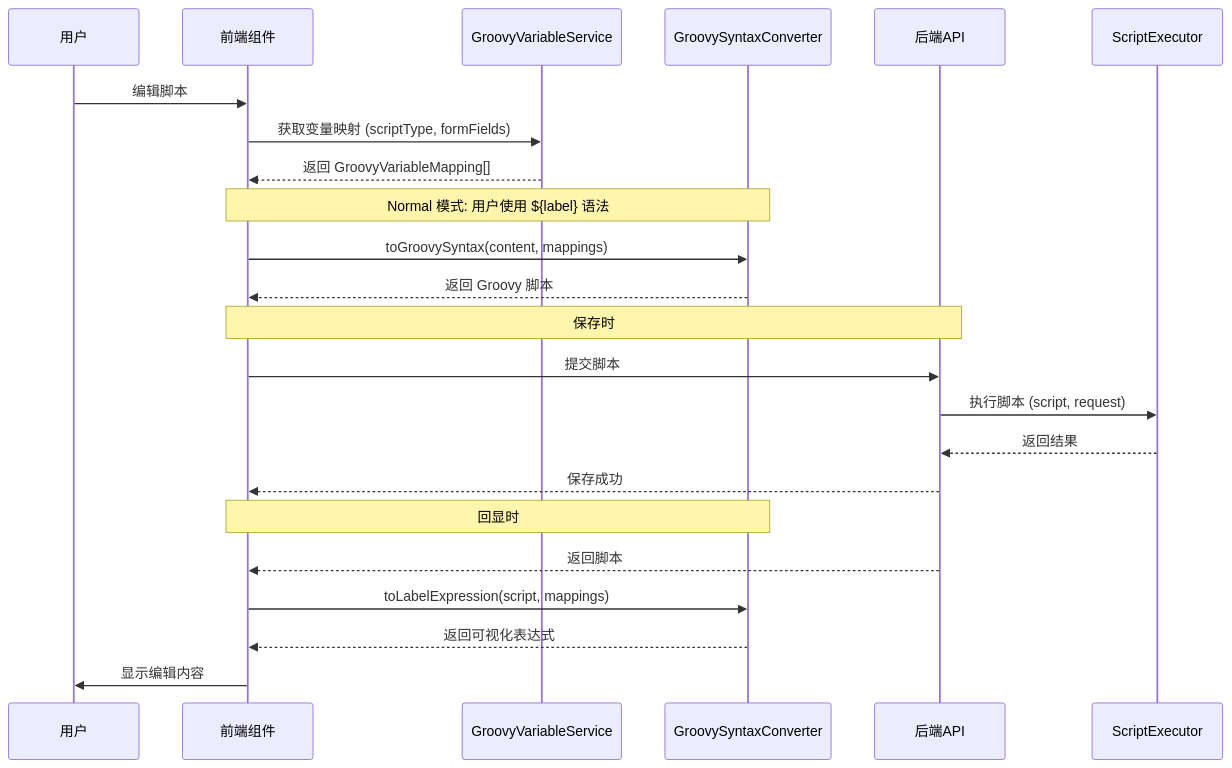
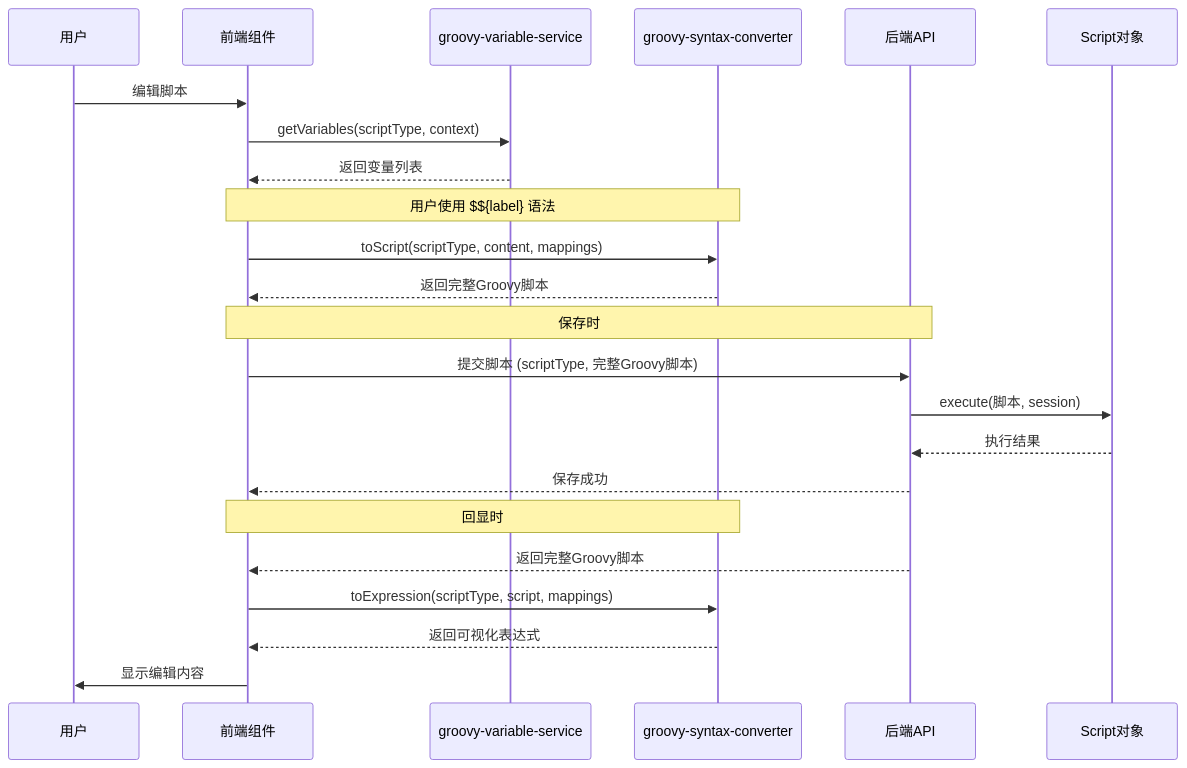
Before and after one commit to codingapi/flow-engine: the third of 3 diagrams in docs/2026-02-28-groovy-script-architecture/plan.md, drawn with Mermaid. The commit also changed other lines of this file and 1 other file, not shown here.

First line of the commit message:
docs: 添加前端模块划分规范和 Groovy 脚本架构方案

````diff
--- a/docs/2026-02-28-groovy-script-architecture/plan.md
+++ b/docs/2026-02-28-groovy-script-architecture/plan.md
@@ -163,32 +197,32 @@
 ```mermaid
 sequenceDiagram
     participant User as 用户
     participant FE as 前端组件
-    participant Svc as GroovyVariableService
-    participant Conv as GroovySyntaxConverter
+    participant Svc as groovy-variable-service
+    participant Conv as groovy-syntax-converter
     participant API as 后端API
-    participant Exec as ScriptExecutor
+    participant Script as Script对象
 
     User->>FE: 编辑脚本
-    FE->>Svc: 获取变量映射 (scriptType, formFields)
-    Svc-->>FE: 返回 GroovyVariableMapping[]
+    FE->>Svc: getVariables(scriptType, context)
+    Svc-->>FE: 返回变量列表
 
-    Note over FE,Conv: Normal 模式: 用户使用 ${label} 语法
+    Note over FE,Conv: 用户使用 $${label} 语法
 
-    FE->>Conv: toGroovySyntax(content, mappings)
-    Conv-->>FE: 返回 Groovy 脚本
+    FE->>Conv: toScript(scriptType, content, mappings)
+    Conv-->>FE: 返回完整Groovy脚本
 
     Note over FE,API: 保存时
 
-    FE->>API: 提交脚本
-    API->>Exec: 执行脚本 (script, request)
-    Exec-->>API: 返回结果
+    FE->>API: 提交脚本 (scriptType, 完整Groovy脚本)
+    API->>Script: execute(脚本, session)
+    Script-->>API: 执行结果
     API-->>FE: 保存成功
 
     Note over FE,Conv: 回显时
 
-    API-->>FE: 返回脚本
-    FE->>Conv: toLabelExpression(script, mappings)
+    API-->>FE: 返回完整Groovy脚本
+    FE->>Conv: toExpression(scriptType, script, mappings)
     Conv-->>FE: 返回可视化表达式
     FE->>User: 显示编辑内容
 ```
````
